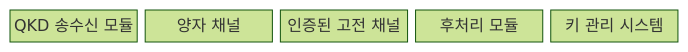
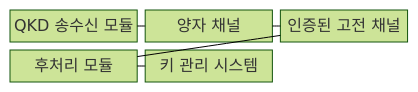
The first of 2 diagrams in src/content/docs/notes/05-security/014_quantum_key_distribution.md (agnusdei1207/knowledge-base), drawn with Mermaid (forest theme) before and after one commit. The commit also changed other lines of this file and 151 other files, not shown here.

````diff
--- a/src/content/docs/notes/05-security/014_quantum_key_distribution.md
+++ b/src/content/docs/notes/05-security/014_quantum_key_distribution.md
@@ -64,9 +63,13 @@
 ```mermaid
 block-beta
-    columns 5
+    columns 3
     S["QKD 송수신 모듈"]
     Q["양자 채널"]
     C["인증된 고전 채널"]
     P["후처리 모듈"]
     K["키 관리 시스템"]
+    S --- Q
+    Q --- C
+    C --- P
+    P --- K
 ```
````
